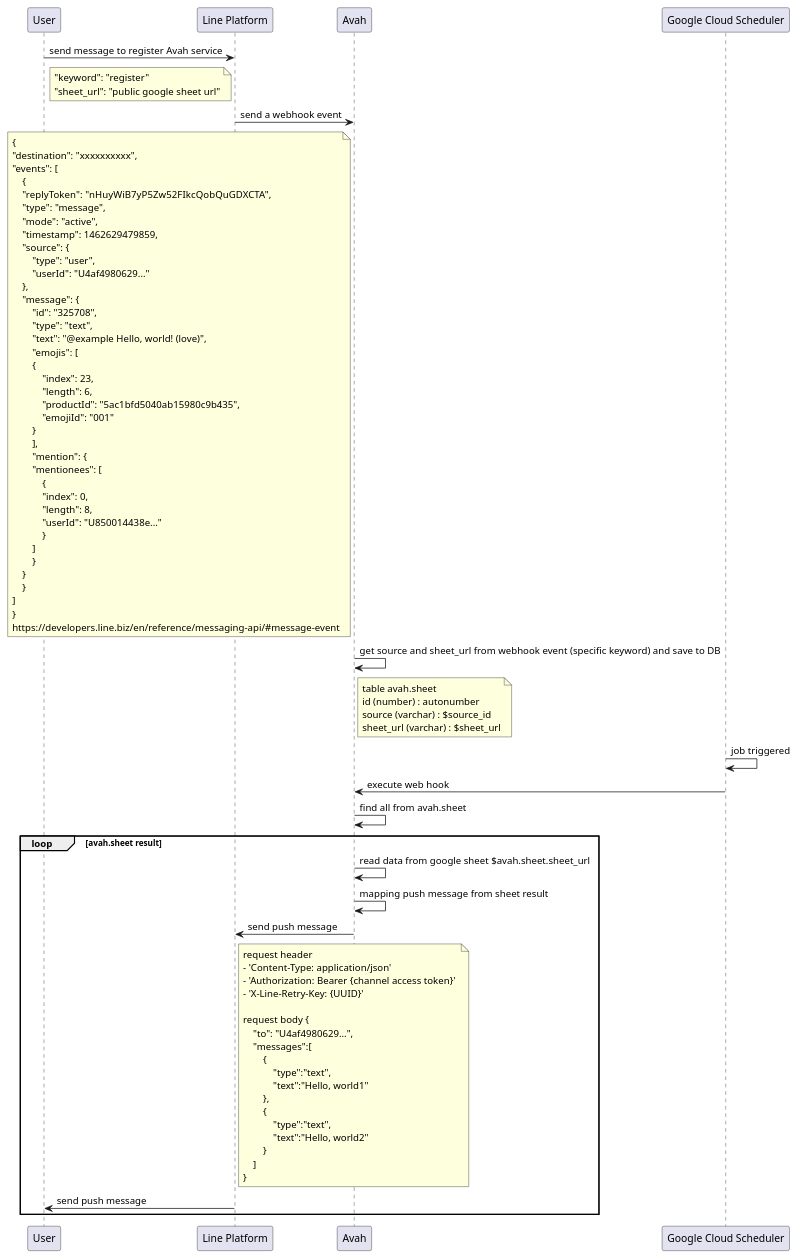
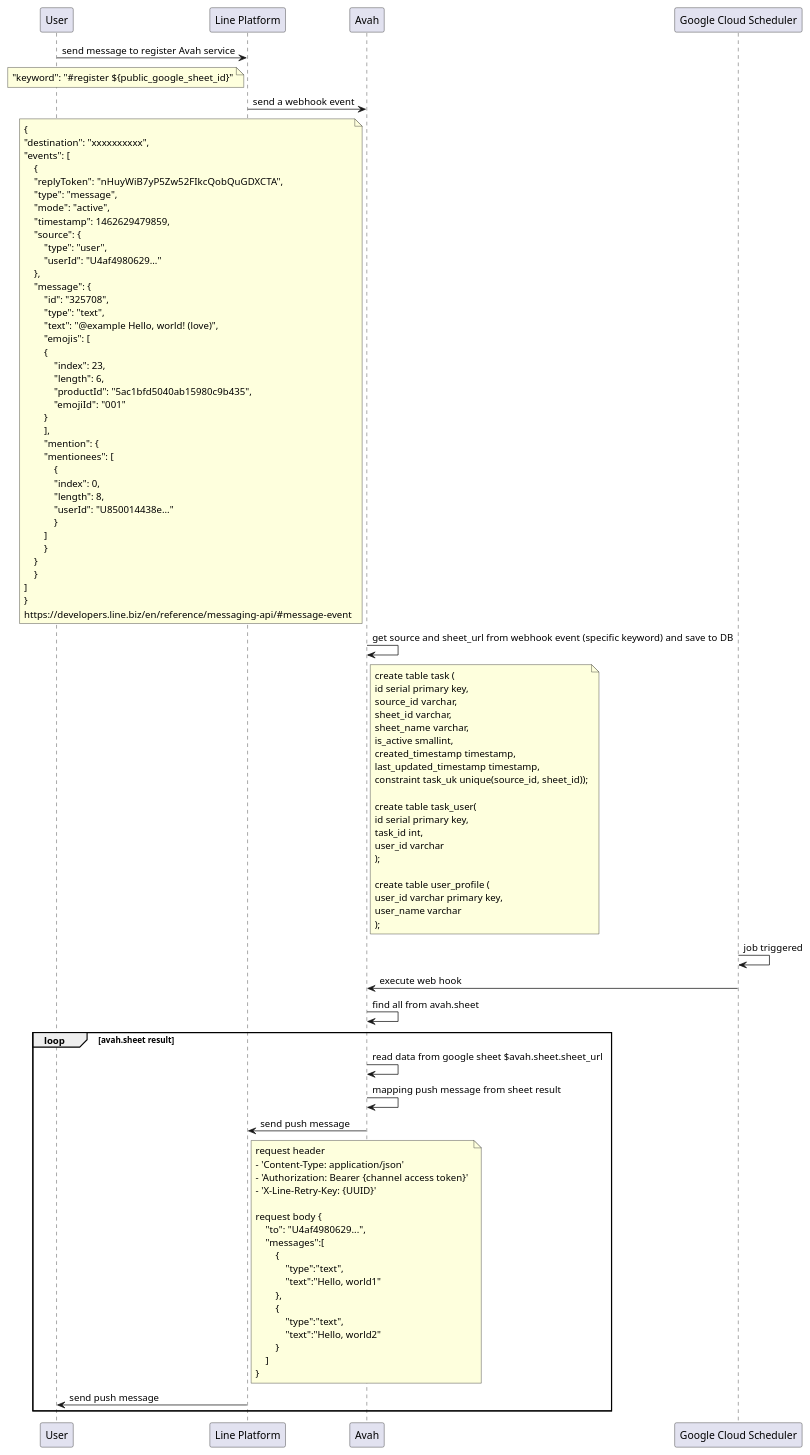
One commit to littlesquid/avah changed the diagram in diagram.puml. Above: the diagram before and after it, drawn with PlantUML. The commit also changed 22 other files, not shown here.

Commit message:
add sql script, update sequence diagram, implement to save data to db and repackage

```diff
--- a/diagram.puml
+++ b/diagram.puml
@@ -1,87 +1,102 @@
 @startuml Avah
 "User" -> "Line Platform": send message to register Avah service
 note left "Line Platform"
-    "keyword": "register"
-    "sheet_url": "public google sheet url"
+    "keyword": "#register ${public_google_sheet_id}"
 end note
 "Line Platform" -> "Avah": send a webhook event
 note left "Avah"
     {
     "destination": "xxxxxxxxxx",
     "events": [
         {
         "replyToken": "nHuyWiB7yP5Zw52FIkcQobQuGDXCTA",
         "type": "message",
         "mode": "active",
         "timestamp": 1462629479859,
         "source": {
             "type": "user",
             "userId": "U4af4980629..."
         },
         "message": {
             "id": "325708",
             "type": "text",
             "text": "@example Hello, world! (love)",
             "emojis": [
             {
                 "index": 23,
                 "length": 6,
                 "productId": "5ac1bfd5040ab15980c9b435",
                 "emojiId": "001"
             }
             ],
             "mention": {
             "mentionees": [
                 {
                 "index": 0,
                 "length": 8,
                 "userId": "U850014438e..."
                 }
             ]
             }
         }
         }
     ]
     }
     https://developers.line.biz/en/reference/messaging-api/#message-event
 end note
 "Avah" -> "Avah": get source and sheet_url from webhook event (specific keyword) and save to DB
 note right "Avah"
-    table avah.sheet
-    id (number) : autonumber
-    source (varchar) : $source_id
-    sheet_url (varchar) : $sheet_url
+    create table task (
+    id serial primary key,
+    source_id varchar,
+    sheet_id varchar,
+    sheet_name varchar,
+    is_active smallint,
+    created_timestamp timestamp,
+    last_updated_timestamp timestamp,
+    constraint task_uk unique(source_id, sheet_id));
+
+    create table task_user(
+    id serial primary key,
+    task_id int,
+    user_id varchar
+    );
+
+    create table user_profile (
+    user_id varchar primary key,
+    user_name varchar
+    );
 end note
 
 "Google Cloud Scheduler" -> "Google Cloud Scheduler": job triggered
 "Google Cloud Scheduler" -> "Avah": execute web hook
 "Avah" -> "Avah": find all from avah.sheet
 loop avah.sheet result
 "Avah" -> "Avah": read data from google sheet $avah.sheet.sheet_url
 "Avah" -> "Avah": mapping push message from sheet result
 "Avah" -> "Line Platform": send push message
 note right "Line Platform"
 request header 
 - 'Content-Type: application/json' 
 - 'Authorization: Bearer {channel access token}' 
 - 'X-Line-Retry-Key: {UUID}' 
 
 request body {
     "to": "U4af4980629...",
     "messages":[
         {
             "type":"text",
             "text":"Hello, world1"
         },
         {
             "type":"text",
             "text":"Hello, world2"
         }
     ]
 }
 end note
 
 "Line Platform" -> "User": send push message
 end 
 
 @enduml
```
